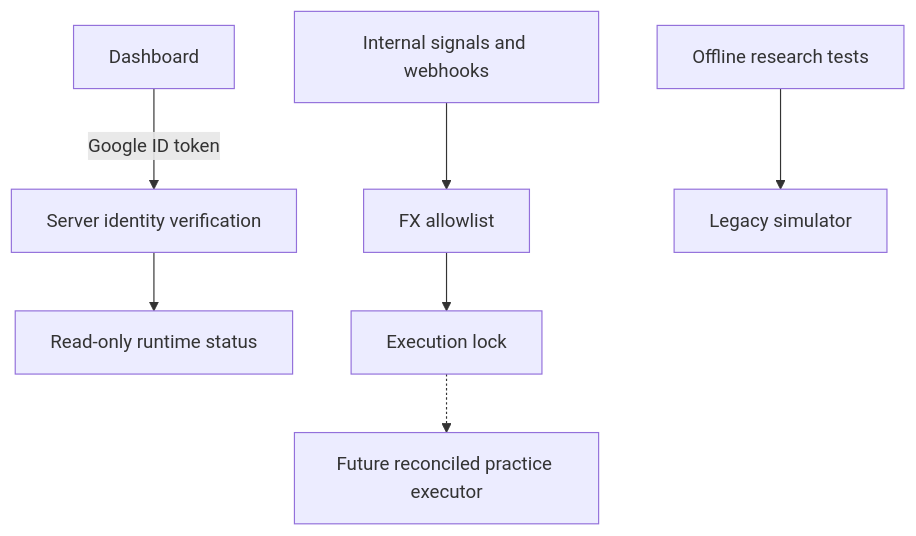
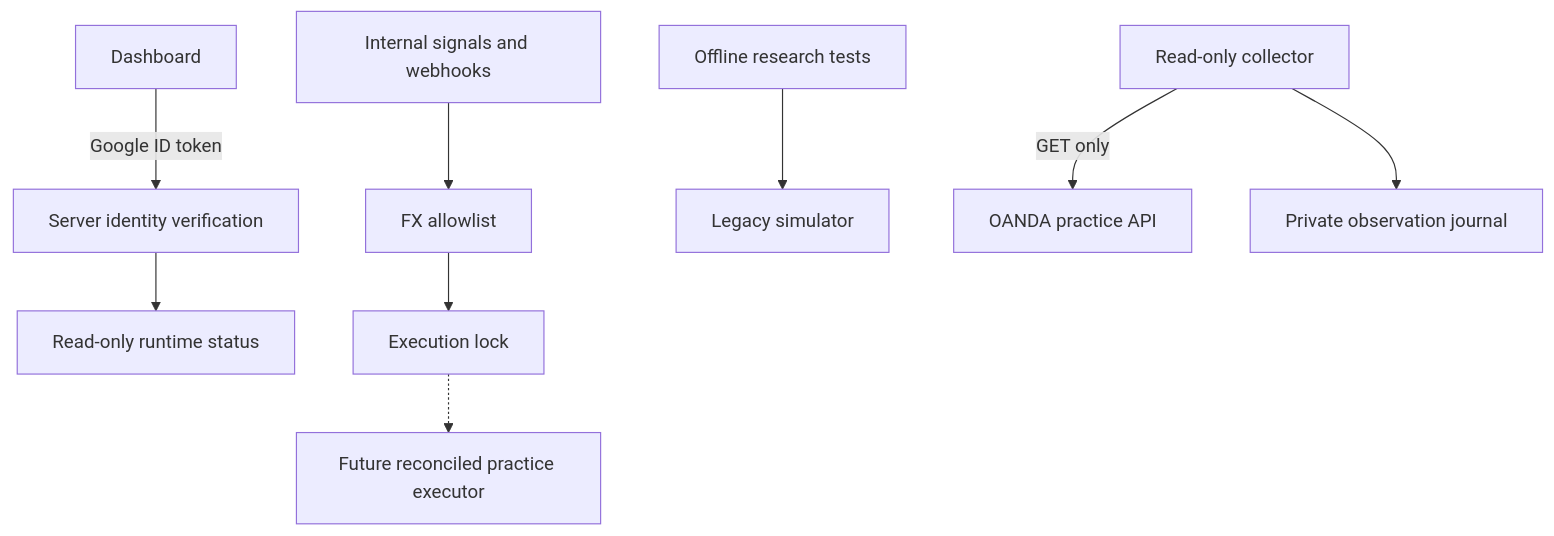
The diagram in README.md (JoelBondoux/Trading-Pod), drawn with Mermaid before and after one commit. The commit also changed other lines of this file and 29 other files, not shown here.

Commit message:
feat: add read-only OANDA practice observation collector

````diff
--- a/README.md
+++ b/README.md
@@ -18,9 +20,11 @@
 ```mermaid
 flowchart TD
     UI["Dashboard"] -->|Google ID token| AUTH["Server identity verification"]
     AUTH --> STATUS["Read-only runtime status"]
     FEEDS["Internal signals and webhooks"] --> FX["FX allowlist"]
     FX --> LOCK["Execution lock"]
     TESTS["Offline research tests"] --> SIM["Legacy simulator"]
+    OBS["Read-only collector"] -->|GET only| OANDA["OANDA practice API"]
+    OBS --> JOURNAL["Private observation journal"]
     LOCK -.-> NEXT["Future reconciled practice executor"]
 ```
````
